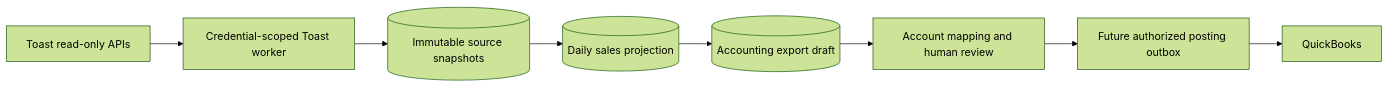
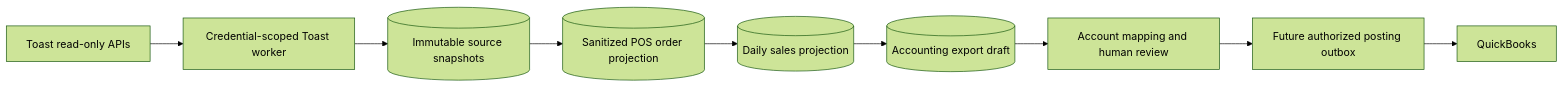
Before and after one commit to jarrettcrosby/clawpilot: the diagram in docs/modules/toast-and-accounting.md, drawn with Mermaid (forest theme). The commit also changed other lines of this file and 66 other files, not shown here.

````diff
--- a/docs/modules/toast-and-accounting.md
+++ b/docs/modules/toast-and-accounting.md
@@ -31,10 +31,11 @@
 ```mermaid
 flowchart LR
   Toast[Toast read-only APIs] --> Worker[Credential-scoped Toast worker]
   Worker --> Raw[(Immutable source snapshots)]
-  Raw --> Sales[(Daily sales projection)]
+  Raw --> Orders[(Sanitized POS order projection)]
+  Orders --> Sales[(Daily sales projection)]
   Sales --> Draft[(Accounting export draft)]
   Draft --> Review[Account mapping and human review]
   Review --> FutureQBOutbox[Future authorized posting outbox]
   FutureQBOutbox --> QuickBooks[QuickBooks]
 ```
````
